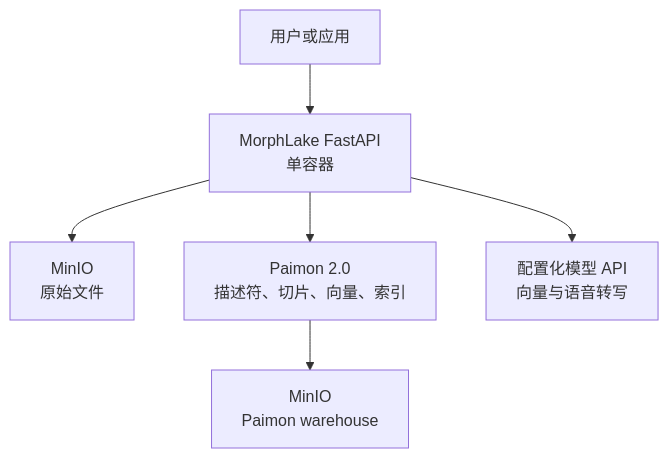
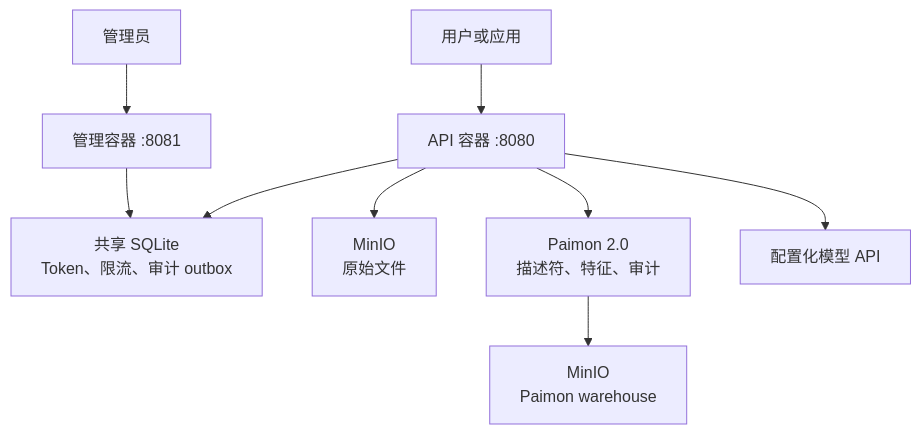
One commit to schoIarw/morphlake changed the diagram in README.md. Above: the diagram before and after it, drawn with Mermaid. The commit also changed other lines of this file and 33 other files, not shown here.

````diff
--- a/README.md
+++ b/README.md
@@ -18,8 +19,11 @@
 ```mermaid
 flowchart TB
-    C["用户或应用"] --> A["MorphLake FastAPI<br/>单容器"]
+    C["用户或应用"] --> A["API 容器 :8080"]
+    U["管理员"] --> D["管理容器 :8081"]
+    A --> S["共享 SQLite<br/>Token、限流、审计 outbox"]
+    D --> S
     A --> M["MinIO<br/>原始文件"]
-    A --> P["Paimon 2.0<br/>描述符、切片、向量、索引"]
-    A --> G["配置化模型 API<br/>向量与语音转写"]
+    A --> P["Paimon 2.0<br/>描述符、特征、审计"]
+    A --> G["配置化模型 API"]
     P --> W["MinIO<br/>Paimon warehouse"]
 ```
````
